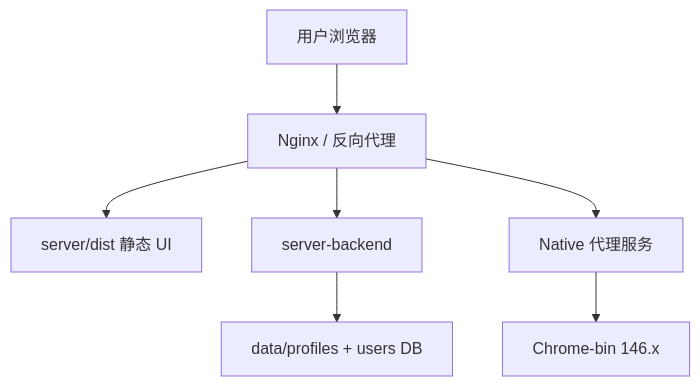
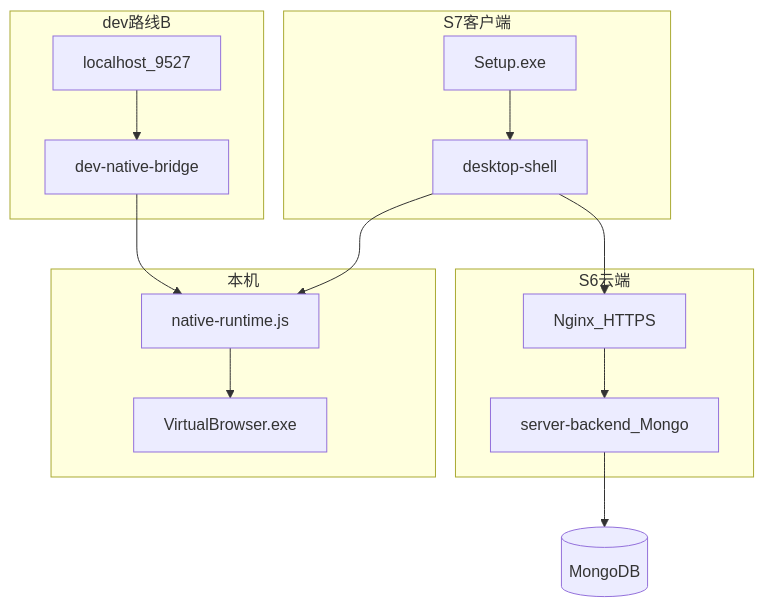
One commit to 0xZxh/VirtualBrowser changed the diagram in docs/modules/06-deployment.md. Above: the diagram before and after it, drawn with Mermaid. The commit also changed other lines of this file and 109 other files, not shown here.

````diff
--- a/docs/modules/06-deployment.md
+++ b/docs/modules/06-deployment.md
@@ -28,16 +35,31 @@
 ```mermaid
 flowchart TB
-  User[用户浏览器]
-  Nginx[Nginx / 反向代理]
-  Static[server/dist 静态 UI]
-  Backend[server-backend]
-  NativeProxy[Native 代理服务]
-  Kernel[Chrome-bin 146.x]
+  subgraph dev [dev路线B]
+    DevUI[localhost_9527]
+    DevBridge[dev-native-bridge]
+    DevUI --> DevBridge
+  end
 
-  User --> Nginx
-  Nginx --> Static
-  Nginx --> Backend
-  Nginx --> NativeProxy
-  NativeProxy --> Kernel
-  Backend --> DataDir[data/profiles + users DB]
+  subgraph client [S7客户端]
+    Setup[Setup.exe]
+    Shell[desktop-shell]
+    Setup --> Shell
+  end
+
+  subgraph cloud [S6云端]
+    Nginx[Nginx_HTTPS]
+    Backend[server-backend_Mongo]
+    Nginx --> Backend
+  end
+
+  subgraph local [本机]
+    NativeRT[native-runtime.js]
+    Kernel[VirtualBrowser.exe]
+  end
+
+  DevBridge --> NativeRT
+  Shell --> NativeRT
+  Shell --> Nginx
+  NativeRT --> Kernel
+  Backend --> Mongo[(MongoDB)]
 ```
````
